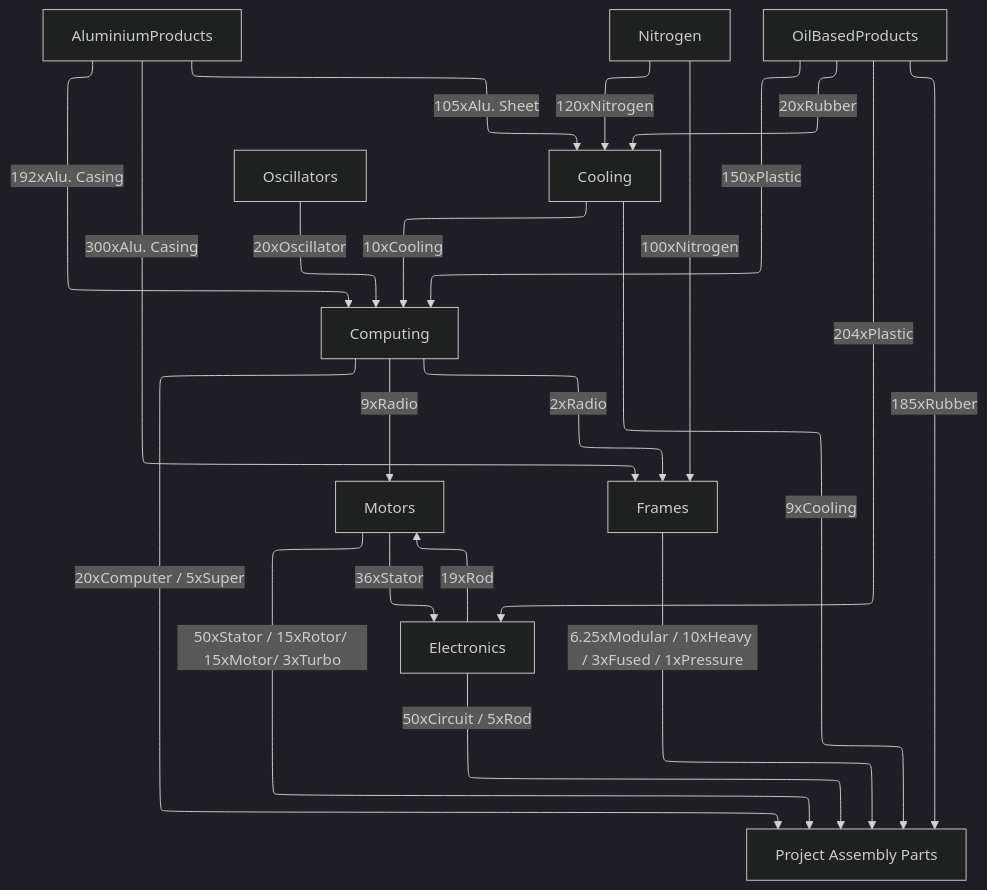
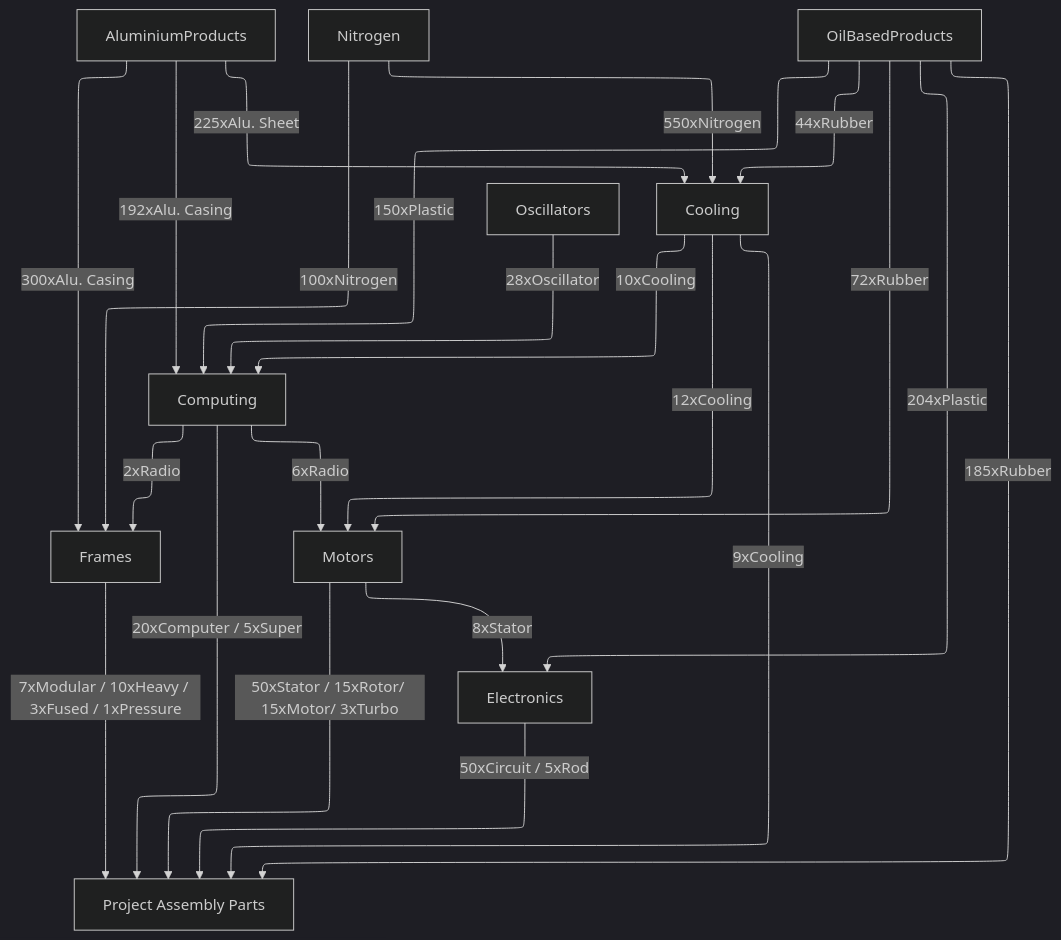
One commit to totobest/satis-master-plan changed the diagram in src/train_connections.mermaid. Above: the diagram before and after it, drawn with Mermaid (dark theme). The commit also changed 6 other files, not shown here.

```diff
--- a/src/train_connections.mermaid
+++ b/src/train_connections.mermaid
@@ -1,45 +1,45 @@
 ---
 config:
   layout: elk
 ---
 
 flowchart TD
 
     AluminiumProducts
 
     Oscillators
 
     Nitrogen
 
-
-    Electronics -- 19xRod --> Motors
-    Computing -- 9xRadio --> Motors
-    Motors
-
     AluminiumProducts -- 300xAlu. Casing --> Frames
     Computing -- 2xRadio --> Frames
     Nitrogen -- 100xNitrogen --> Frames
     Frames
 
     OilBasedProducts -- 204xPlastic --> Electronics
-    Motors -- 36xStator --> Electronics
+    Motors -- 8xStator --> Electronics
     Electronics
 
-    AluminiumProducts -- 105xAlu. Sheet --> Cooling
-    OilBasedProducts -- 20xRubber --> Cooling
-    Nitrogen -- 120xNitrogen --> Cooling
+    OilBasedProducts -- 72xRubber --> Motors
+    Cooling -- 12xCooling --> Motors
+    Computing -- 6xRadio --> Motors
+    Motors
+
+    AluminiumProducts -- 225xAlu. Sheet --> Cooling
+    OilBasedProducts -- 44xRubber --> Cooling
+    Nitrogen -- 550xNitrogen --> Cooling
     Cooling
 
     OilBasedProducts -- 150xPlastic --> Computing
-    Oscillators -- 20xOscillator --> Computing
+    Oscillators -- 28xOscillator --> Computing
     AluminiumProducts -- 192xAlu. Casing --> Computing
     Cooling -- 10xCooling--> Computing
     Computing
 
     OilBasedProducts -- 185xRubber --> ProjectAssembly
     Motors -- 50xStator / 15xRotor/ 15xMotor/ 3xTurbo --> ProjectAssembly
-    Frames -- 6.25xModular / 10xHeavy / 3xFused / 1xPressure --> ProjectAssembly
+    Frames -- 7xModular / 10xHeavy / 3xFused / 1xPressure --> ProjectAssembly
     Electronics -- 50xCircuit / 5xRod --> ProjectAssembly
     Cooling -- 9xCooling--> ProjectAssembly
     Computing -- 20xComputer / 5xSuper --> ProjectAssembly
     ProjectAssembly["Project Assembly Parts"]
```
